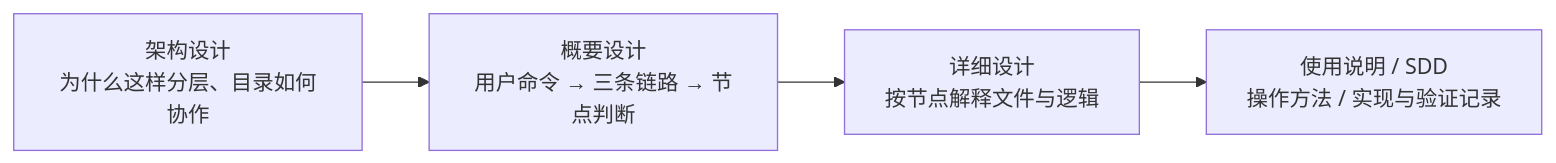
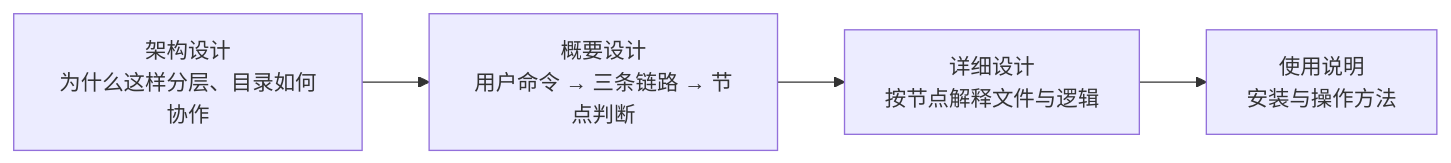
The diagram in aiotbot-knowledge-wifi-mp/docs-llm-wiki/README.md (Robin-hhc/FactumCore), drawn with Mermaid before and after one commit. The commit also changed other lines of this file and 254 other files, not shown here.

````diff
--- a/aiotbot-knowledge-wifi-mp/docs-llm-wiki/README.md
+++ b/aiotbot-knowledge-wifi-mp/docs-llm-wiki/README.md
@@ -3,6 +3,6 @@
 ```mermaid
 flowchart LR
     A["架构设计<br/>为什么这样分层、目录如何协作"] --> B["概要设计<br/>用户命令 → 三条链路 → 节点判断"]
     B --> C["详细设计<br/>按节点解释文件与逻辑"]
-    C --> D["使用说明 / SDD<br/>操作方法 / 实现与验证记录"]
+    C --> D["使用说明<br/>安装与操作方法"]
 ```
````
